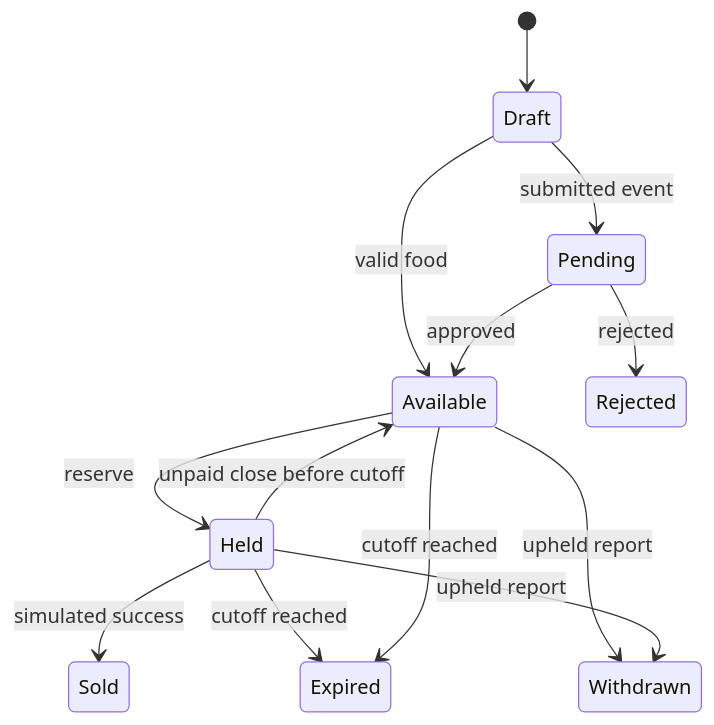
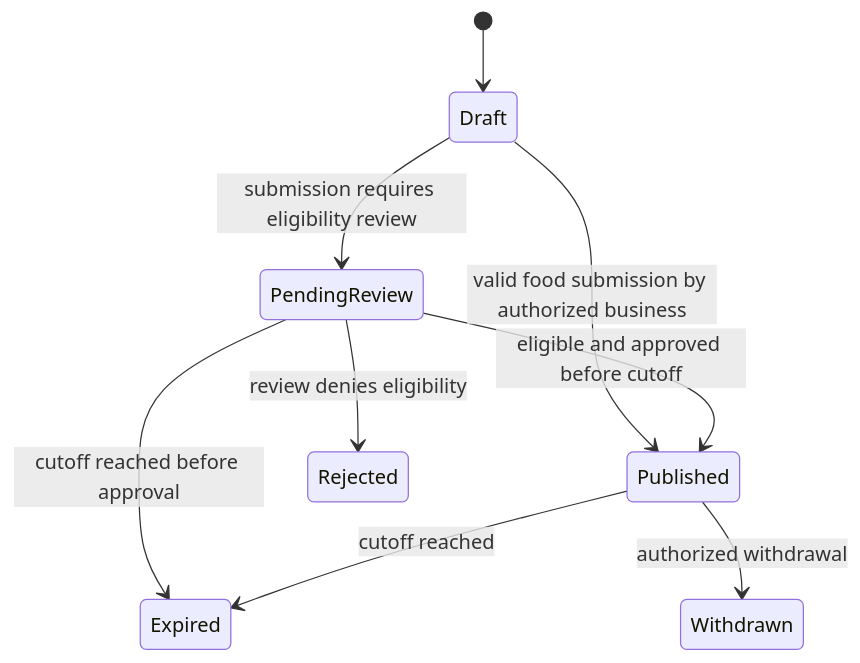
The tenth of 15 diagrams in docs/05-srs/SRS.md (aunabil-abtahi/lastcall-sad), drawn with Mermaid before and after one commit. The commit also changed other lines of this file, not shown here.

````diff
--- a/docs/05-srs/SRS.md
+++ b/docs/05-srs/SRS.md
@@ -519,15 +898,11 @@
 ```mermaid
 stateDiagram-v2
  [*] --> Draft
- Draft --> Available : valid food
- Draft --> Pending : submitted event
- Pending --> Available : approved
- Pending --> Rejected : rejected
- Available --> Held : reserve
- Held --> Available : unpaid close before cutoff
- Held --> Sold : simulated success
- Held --> Expired : cutoff reached
- Available --> Expired : cutoff reached
- Available --> Withdrawn : upheld report
- Held --> Withdrawn : upheld report
+ Draft --> PendingReview : submission requires eligibility review
+ Draft --> Published : valid food submission by authorized business
+ PendingReview --> Published : eligible and approved before cutoff
+ PendingReview --> Rejected : review denies eligibility
+ PendingReview --> Expired : cutoff reached before approval
+ Published --> Expired : cutoff reached
+ Published --> Withdrawn : authorized withdrawal
 ```
````
